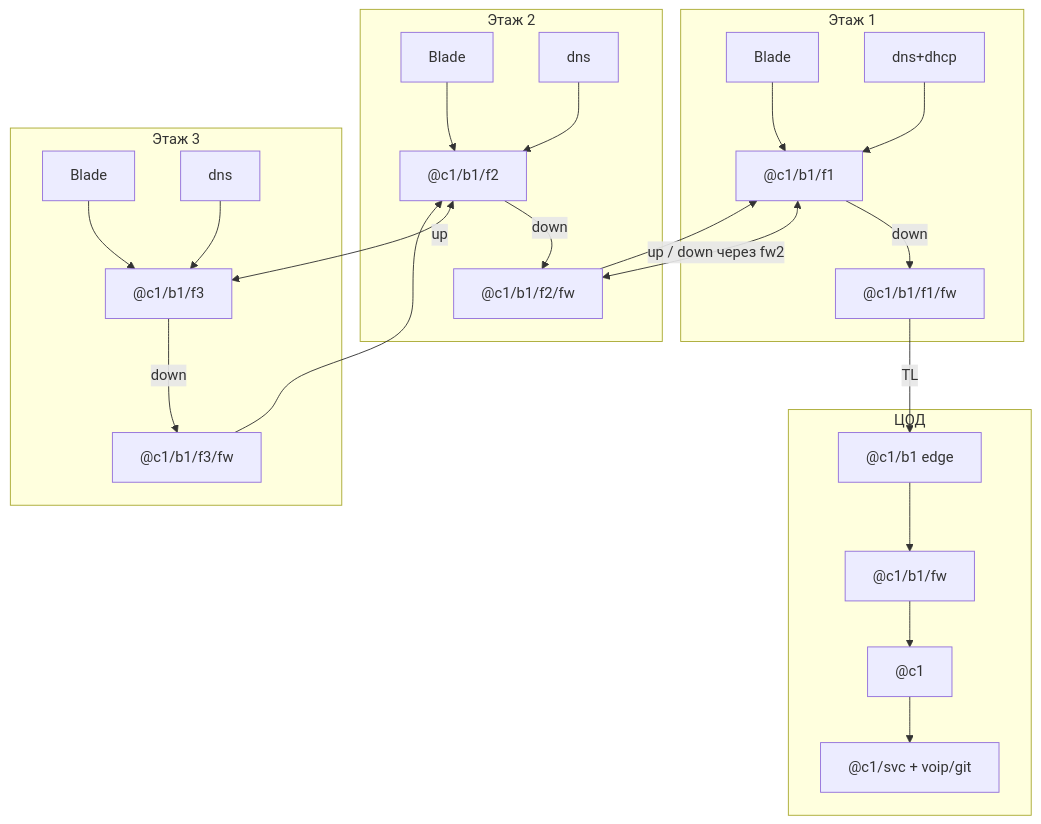
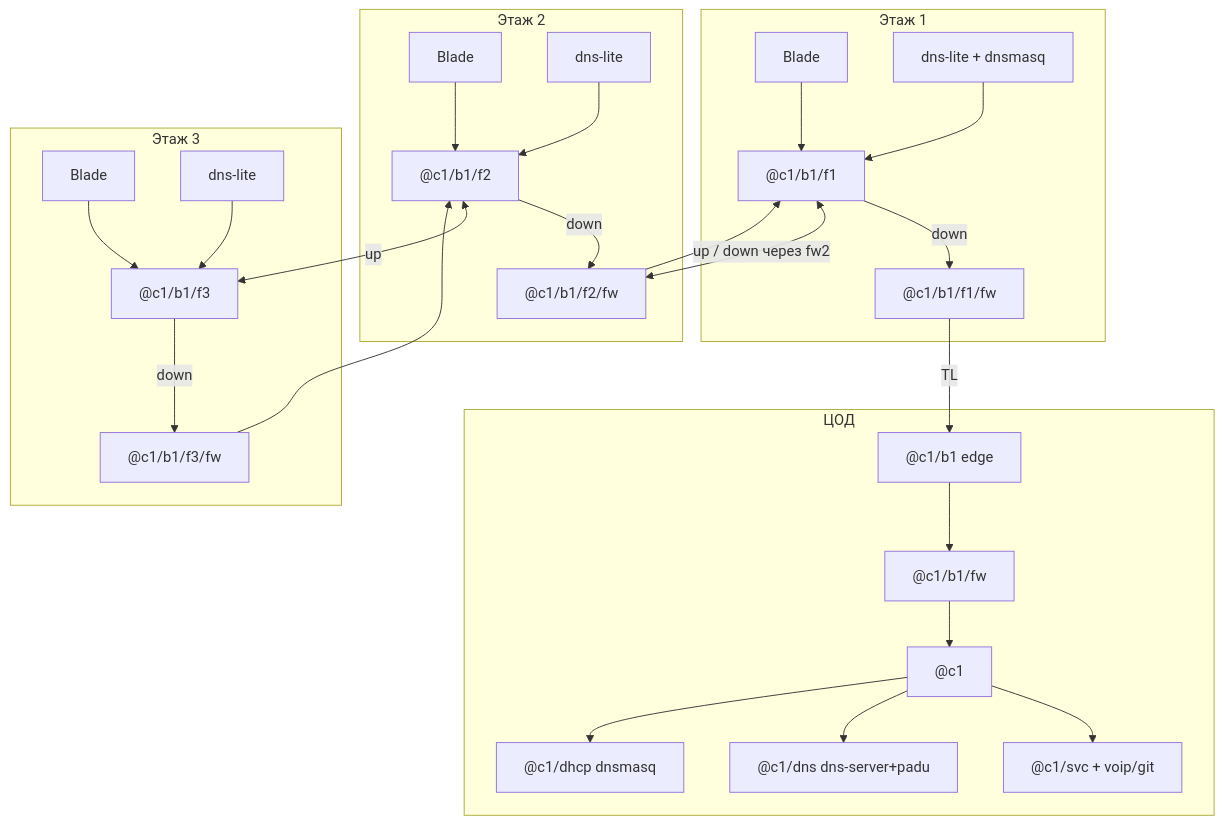
Before and after one commit to DefaultUsernameWasAleadyTaken/TNI-ModManager-Plus: the first of 2 diagrams in guide/tni-day1-starter.md, drawn with Mermaid. The commit also changed other lines of this file and 2 other files, not shown here.

First line of the commit message:
docs: add root DNS/DHCP in DC and pick dns-server/lite/dnsmasq.

````diff
--- a/guide/tni-day1-starter.md
+++ b/guide/tni-day1-starter.md
@@ -83,33 +84,37 @@
 ```mermaid
 flowchart TB
   subgraph dc [ЦОД]
     edge["@c1/b1 edge"]
     fw["@c1/b1/fw"]
     core["@c1"]
+    rootdns["@c1/dns dns-server+padu"]
+    rootdhcp["@c1/dhcp dnsmasq"]
     svc["@c1/svc + voip/git"]
     edge --> fw --> core --> svc
+    core --> rootdns
+    core --> rootdhcp
   end
   subgraph f1 [Этаж 1]
     sw1["Blade"] --> r1["@c1/b1/f1"]
-    dns1["dns+dhcp"] --> r1
+    dns1["dns-lite + dnsmasq"] --> r1
     fw1["@c1/b1/f1/fw"]
     r1 -->|down| fw1
   end
   subgraph f2 [Этаж 2]
     sw2["Blade"] --> r2["@c1/b1/f2"]
-    dns2["dns"] --> r2
+    dns2["dns-lite"] --> r2
     fw2["@c1/b1/f2/fw"]
     r2 -->|down| fw2
   end
   subgraph f3 [Этаж 3]
     sw3["Blade"] --> r3["@c1/b1/f3"]
-    dns3["dns"] --> r3
+    dns3["dns-lite"] --> r3
     fw3["@c1/b1/f3/fw"]
     r3 -->|down| fw3
   end
   fw1 -->|TL| edge
   r1 <-->|up / down через fw2| fw2
   fw2 --> r1
   r2 <-->|up| r3
   fw3 --> r2
 ```
````
